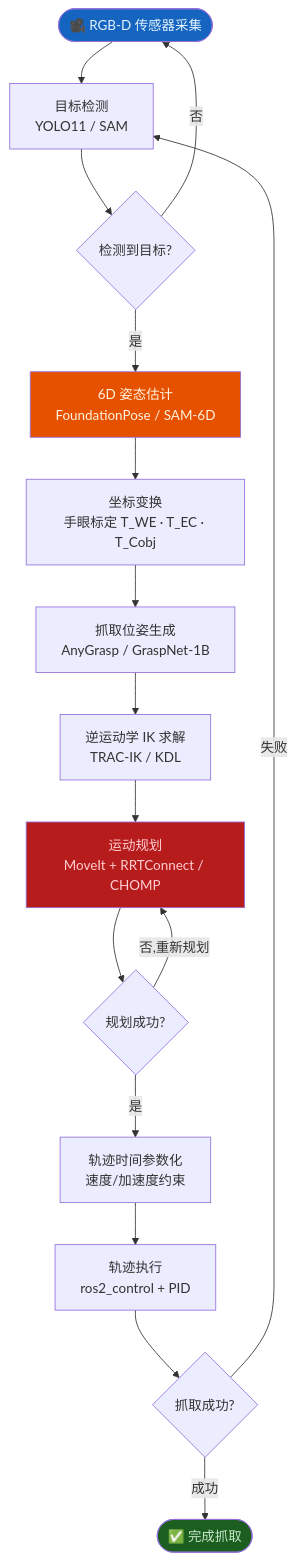
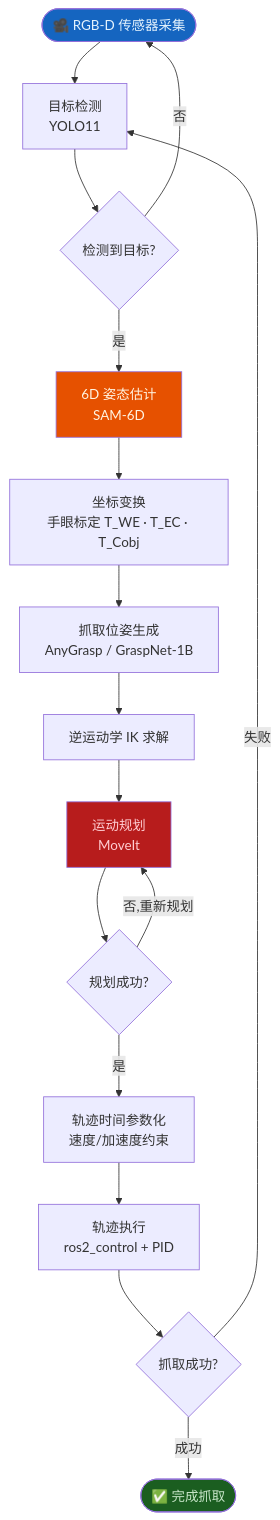
Before and after one commit to KwanWaiPang/KwanWaiPang.github.io: the diagram in _posts/2026-03-29-物体姿态估计与视觉抓取.md, drawn with Mermaid. The commit also changed other lines of this file, not shown here.

```diff
--- a/_posts/2026-03-29-物体姿态估计与视觉抓取.md
+++ b/_posts/2026-03-29-物体姿态估计与视觉抓取.md
@@ -653,23 +680,23 @@
 <div class="mermaid" style="display: flex; justify-content: center; width: 90%; margin: 0 auto;">
 graph TD
-    A([🎥 RGB-D 传感器采集]) --> B[目标检测\nYOLO11 / SAM]
+    A([🎥 RGB-D 传感器采集]) --> B[目标检测 \n YOLO11 ]
     B --> C{检测到目标?}
     C -- 否 --> A
-    C -- 是 --> D[6D 姿态估计\nFoundationPose / SAM-6D]
+    C -- 是 --> D[6D 姿态估计 \n  SAM-6D]
     D --> E[坐标变换\n手眼标定 T_WE · T_EC · T_Cobj]
     E --> F[抓取位姿生成\nAnyGrasp / GraspNet-1B]
-    F --> G[逆运动学 IK 求解\nTRAC-IK / KDL]
-    G --> H[运动规划\nMoveIt + RRTConnect / CHOMP]
+    F --> G[逆运动学 IK 求解]
+    G --> H[运动规划 \n MoveIt]
     H --> I{规划成功?}
     I -- 否,重新规划 --> H
     I -- 是 --> J[轨迹时间参数化\n速度/加速度约束]
     J --> K[轨迹执行\nros2_control + PID]
     K --> L{抓取成功?}
     L -- 失败 --> B
     L -- 成功 --> M([✅ 完成抓取])
 
     style A fill:#1565c0,color:#e3f2fd
     style M fill:#1b5e20,color:#c8e6c9
     style D fill:#e65100,color:#fff3e0
     style H fill:#b71c1c,color:#ffcdd2
 </div>
```
